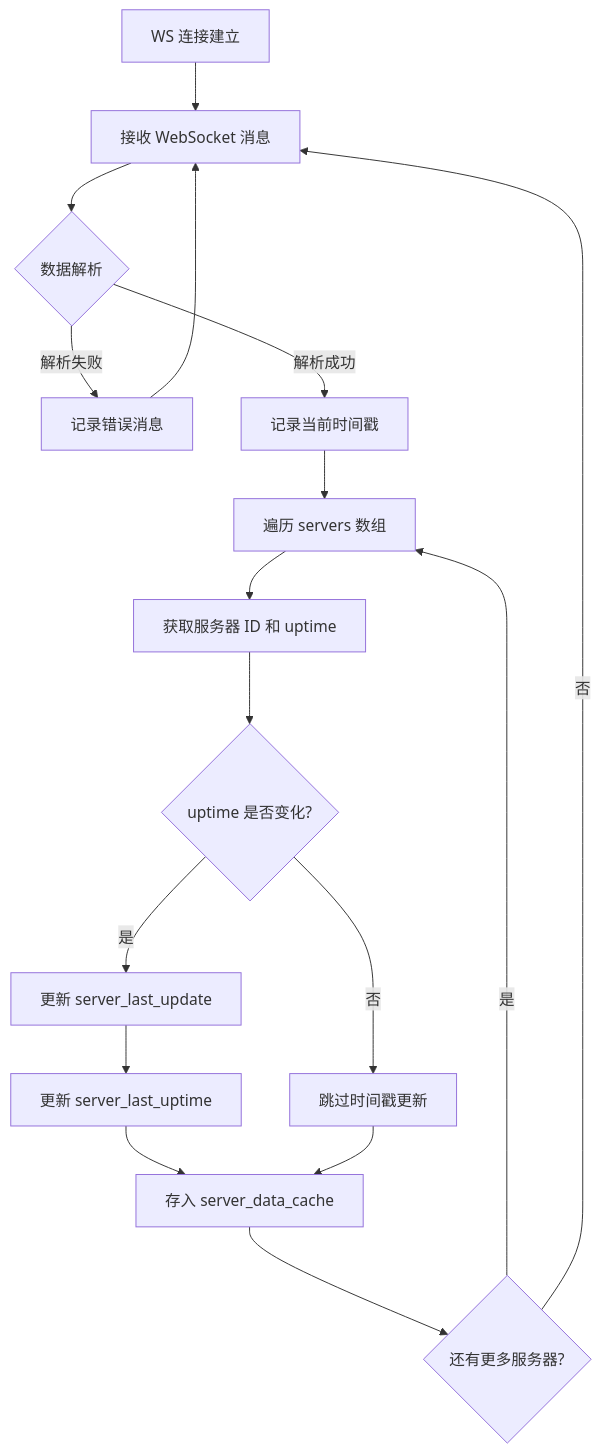
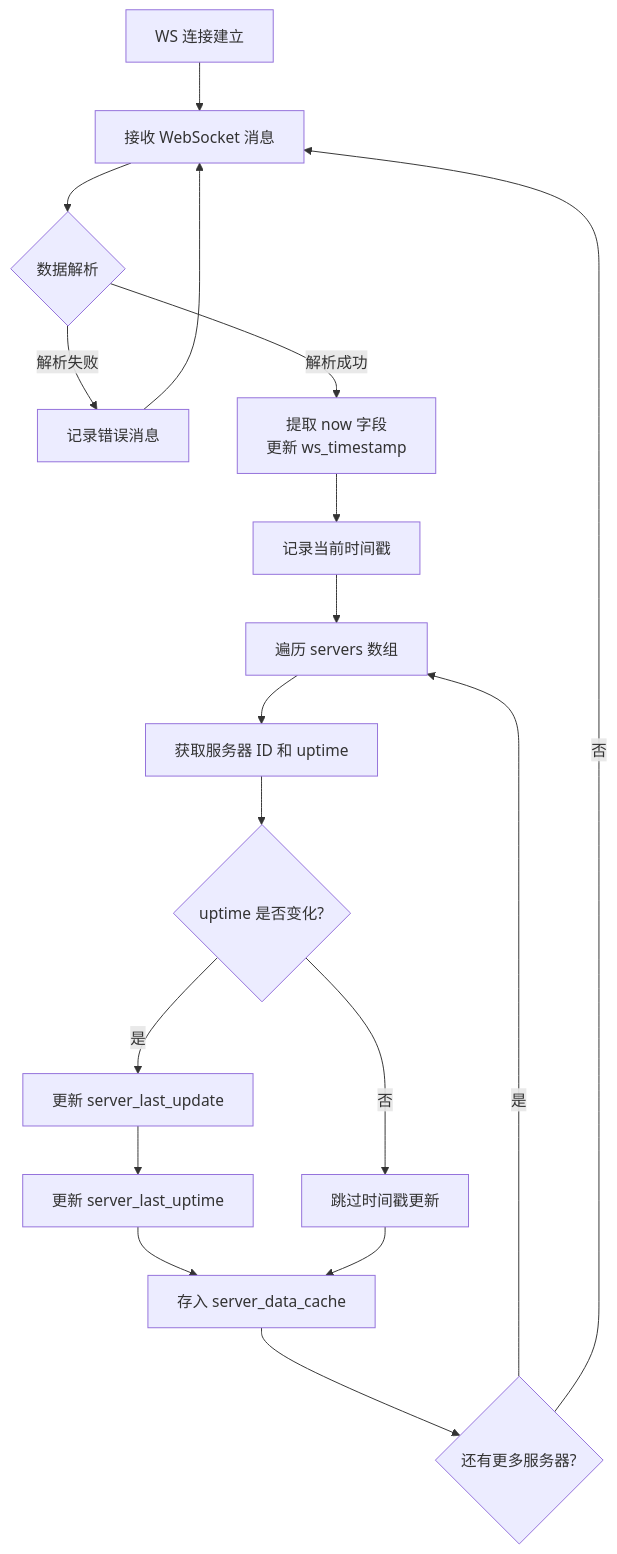
Before and after one commit to Moeyuuko/nezhaV1-exporter: the third of 9 diagrams in nezha-exporter.md, drawn with Mermaid. The commit also changed other lines of this file and 2 other files, not shown here.

Commit message:
feat: 为所有服务器基础指标添加毫秒级时间戳支持，时间戳来自 WebSocket 的 `now` 字段

````diff
--- a/nezha-exporter.md
+++ b/nezha-exporter.md
@@ -102,19 +103,20 @@
 ```mermaid
 flowchart TD
     A["WS 连接建立"] --> B["接收 WebSocket 消息"]
     B --> C{"数据解析"}
     C -- "解析失败" --> E["记录错误消息"]
     E --> B
-    C -- "解析成功" --> D["记录当前时间戳"]
+    C -- "解析成功" --> C1["提取 now 字段<br/>更新 ws_timestamp"]
+    C1 --> D["记录当前时间戳"]
     D --> F["遍历 servers 数组"]
     F --> G["获取服务器 ID 和 uptime"]
     G --> G0{"uptime 是否变化?"}
     G0 -- "是" --> G1["更新 server_last_update"]
     G0 -- "否" --> G2["跳过时间戳更新"]
     G1 --> G3["更新 server_last_uptime"]
     G3 --> G4["存入 server_data_cache"]
     G2 --> G4
     G4 --> H{"还有更多服务器?"}
     H -- "是" --> F
     H -- "否" --> B
 ```
````
